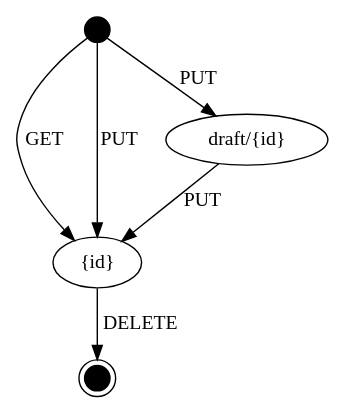
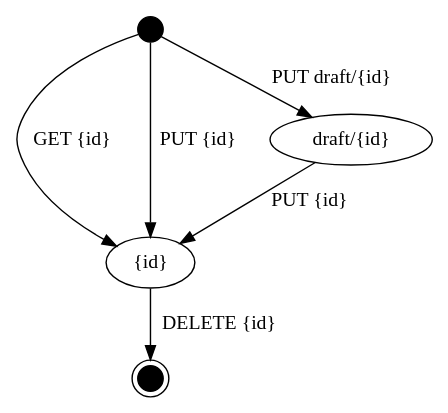
One commit to vgirishkumar/IRIS changed the diagram in interaction-examples/interaction-notes/src/main/rim/note.gv. Above: the diagram before and after it, drawn with Graphviz. The commit also changed 14 other files, not shown here.

```diff
--- a/interaction-examples/interaction-notes/src/main/rim/note.gv
+++ b/interaction-examples/interaction-notes/src/main/rim/note.gv
@@ -1,11 +1,11 @@
 digraph NOTE {
     initial[shape=circle, width=.25, label="", color=black, style=filled]
     exists[label="{id}"]
     draft[label="draft/{id}"]
     end[shape=circle, width=.25, label="", color=black, style=filled, peripheries=2]
-    initial->exists[label=GET]
-    initial->exists[label=PUT]
-    initial->draft[label=PUT]
-    draft->exists[label=PUT]
-    exists->end[label=DELETE]
+    initial->exists[label="GET {id}"]
+    initial->exists[label="PUT {id}"]
+    initial->draft[label="PUT draft/{id}"]
+    draft->exists[label="PUT {id}"]
+    exists->end[label="DELETE {id}"]
 }
```
